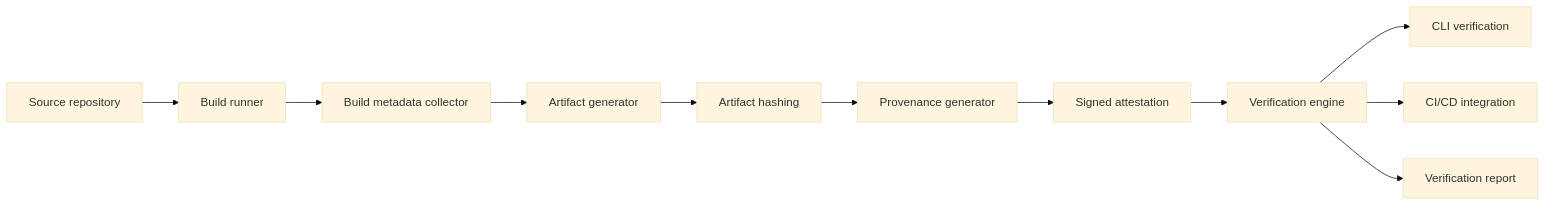
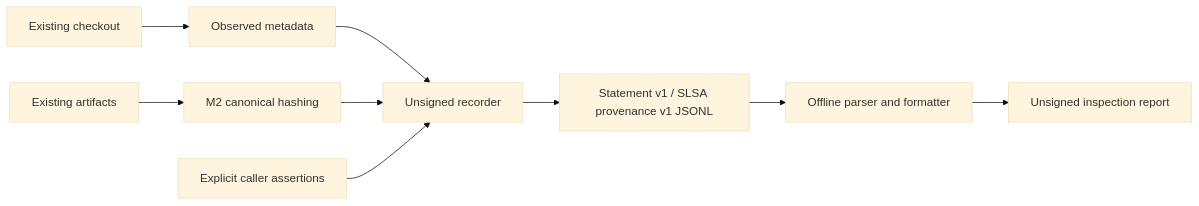
One commit to Shellghostt/BuildTrace changed the diagram in README.md. Above: the diagram before and after it, drawn with Mermaid (base theme). The commit also changed other lines of this file and 11 other files, not shown here.

Commit message:
docs(m3): record unsigned provenance validation and limits

````diff
--- a/README.md
+++ b/README.md
@@ -53,13 +59,11 @@
 ```mermaid
 flowchart LR
-    SRC[Source repository] --> RUN[Build runner]
-    RUN --> META[Build metadata collector]
-    META --> ART[Artifact generator]
-    ART --> HASH[Artifact hashing]
-    HASH --> PROV[Provenance generator]
-    PROV --> SIGN[Signed attestation]
-    SIGN --> VER[Verification engine]
-    VER --> CLI[CLI verification]
-    VER --> CICD[CI/CD integration]
-    VER --> REP[Verification report]
+    REPO[Existing checkout] --> META[Observed metadata]
+    ART[Existing artifacts] --> HASH[M2 canonical hashing]
+    META --> REC[Unsigned recorder]
+    HASH --> REC
+    CLAIMS[Explicit caller assertions] --> REC
+    REC --> OUT[Statement v1 / SLSA provenance v1 JSONL]
+    OUT --> INSPECT[Offline parser and formatter]
+    INSPECT --> REPORT[Unsigned inspection report]
 ```
````
